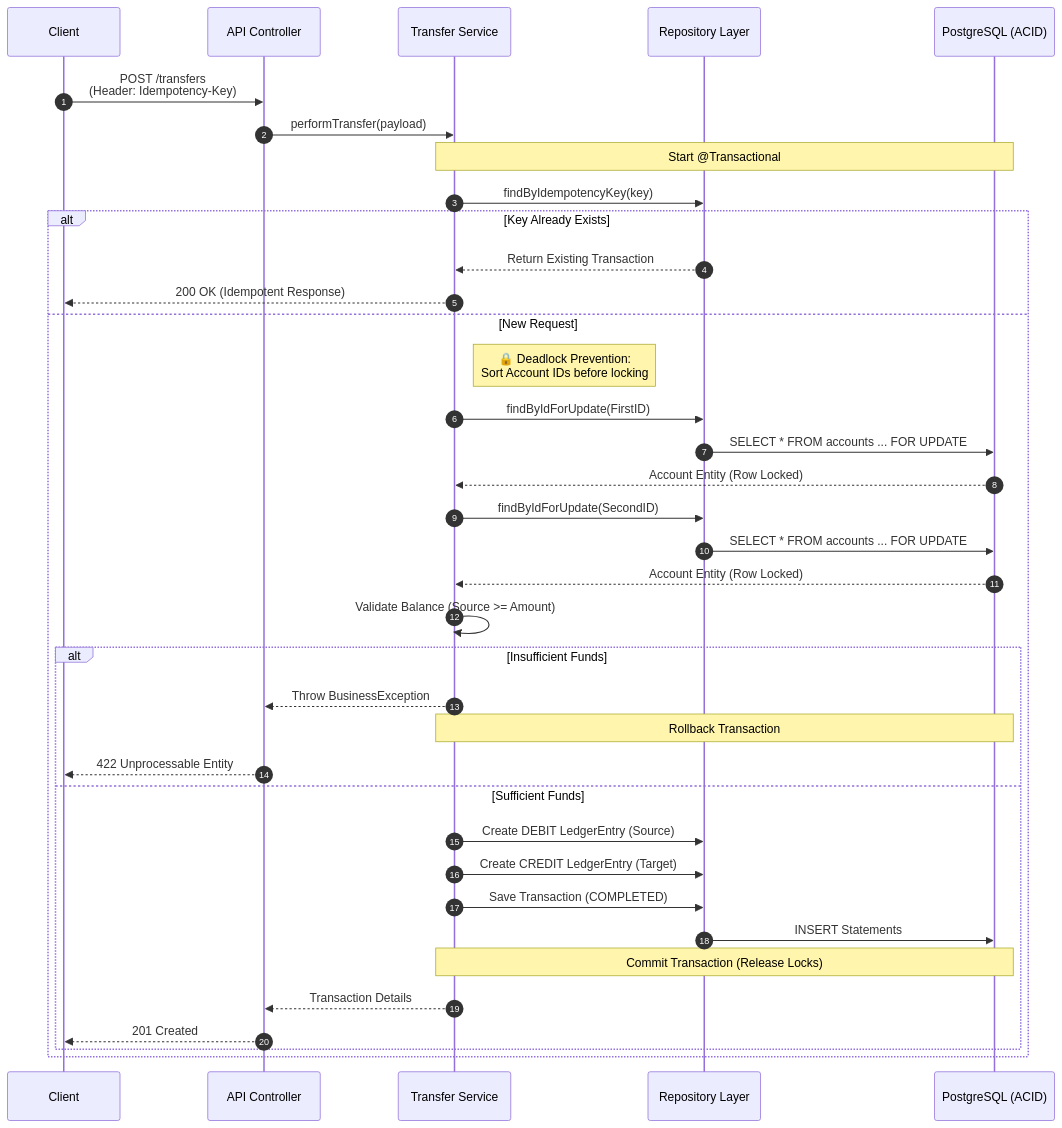
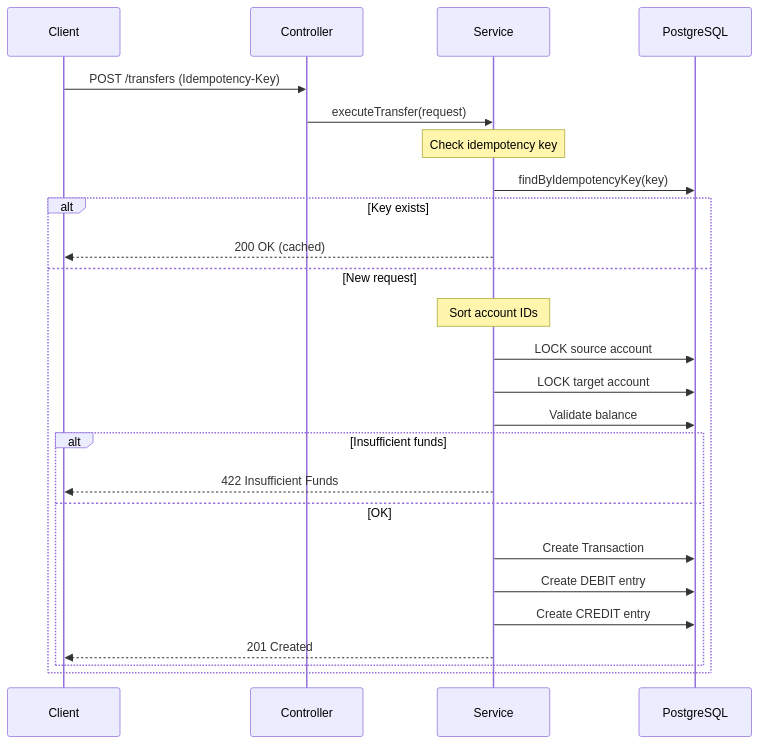
Before and after one commit to gabirusky/LedgerSimulator: the diagram in README.md, drawn with Mermaid. The commit also changed other lines of this file and 9 other files, not shown here.

````diff
--- a/README.md
+++ b/README.md
@@ -262,48 +477,29 @@
 ```mermaid
 sequenceDiagram
-    autonumber
-    participant Client
-    participant Controller as API Controller
-    participant Service as Transfer Service
-    participant Repo as Repository Layer
-    participant DB as PostgreSQL (ACID)
+    participant C as Client
+    participant API as Controller
+    participant S as Service
+    participant DB as PostgreSQL
 
-    Client->>Controller: POST /transfers <br/>(Header: Idempotency-Key)
-    Controller->>Service: performTransfer(payload)
-
-    Note over Service, DB: Start @Transactional
-
-    Service->>Repo: findByIdempotencyKey(key)
-    alt Key Already Exists
-        Repo-->>Service: Return Existing Transaction
-        Service-->>Client: 200 OK (Idempotent Response)
-    else New Request
-        Note right of Service: 🔒 Deadlock Prevention:<br/>Sort Account IDs before locking
-        
-        Service->>Repo: findByIdForUpdate(FirstID)
-        Repo->>DB: SELECT * FROM accounts ... FOR UPDATE
-        DB-->>Service: Account Entity (Row Locked)
-        
-        Service->>Repo: findByIdForUpdate(SecondID)
-        Repo->>DB: SELECT * FROM accounts ... FOR UPDATE
-        DB-->>Service: Account Entity (Row Locked)
-
-        Service->>Service: Validate Balance (Source >= Amount)
-
-        alt Insufficient Funds
-            Service-->>Controller: Throw BusinessException
-            Note over Service, DB: Rollback Transaction
-            Controller-->>Client: 422 Unprocessable Entity
-        else Sufficient Funds
-            Service->>Repo: Create DEBIT LedgerEntry (Source)
-            Service->>Repo: Create CREDIT LedgerEntry (Target)
-            Service->>Repo: Save Transaction (COMPLETED)
-            
-            Repo->>DB: INSERT Statements
-            Note over Service, DB: Commit Transaction (Release Locks)
-            
-            Service-->>Controller: Transaction Details
-            Controller-->>Client: 201 Created
+    C->>API: POST /transfers (Idempotency-Key)
+    API->>S: executeTransfer(request)
+    
+    Note over S: Check idempotency key
+    S->>DB: findByIdempotencyKey(key)
+    alt Key exists
+        S-->>C: 200 OK (cached)
+    else New request
+        Note over S: Sort account IDs
+        S->>DB: LOCK source account
+        S->>DB: LOCK target account
+        S->>DB: Validate balance
+        alt Insufficient funds
+            S-->>C: 422 Insufficient Funds
+        else OK
+            S->>DB: Create Transaction
+            S->>DB: Create DEBIT entry
+            S->>DB: Create CREDIT entry
+            S-->>C: 201 Created
         end
     end
 ```
````
